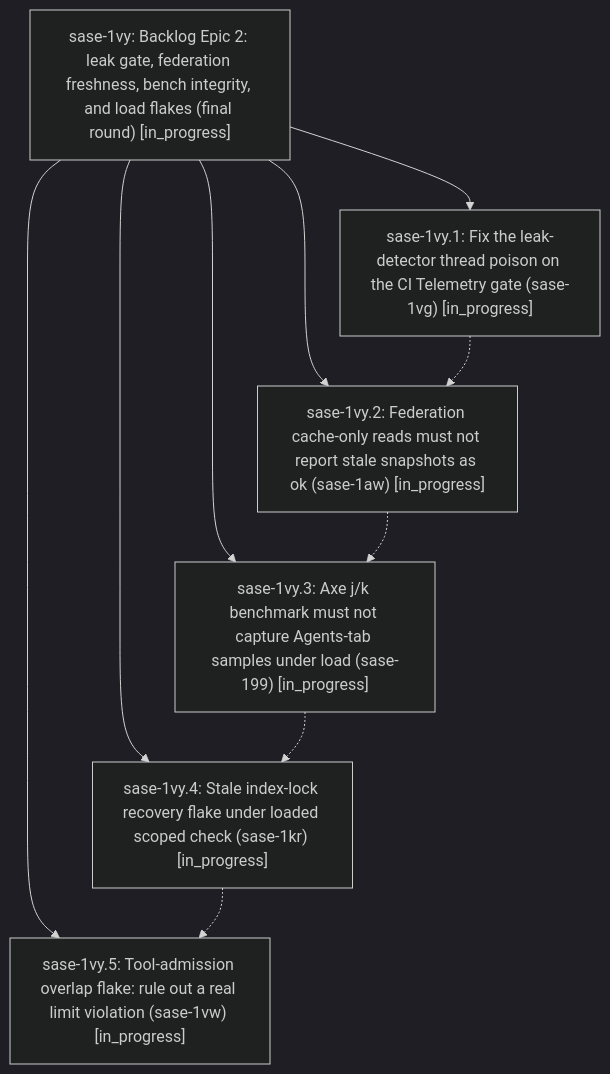
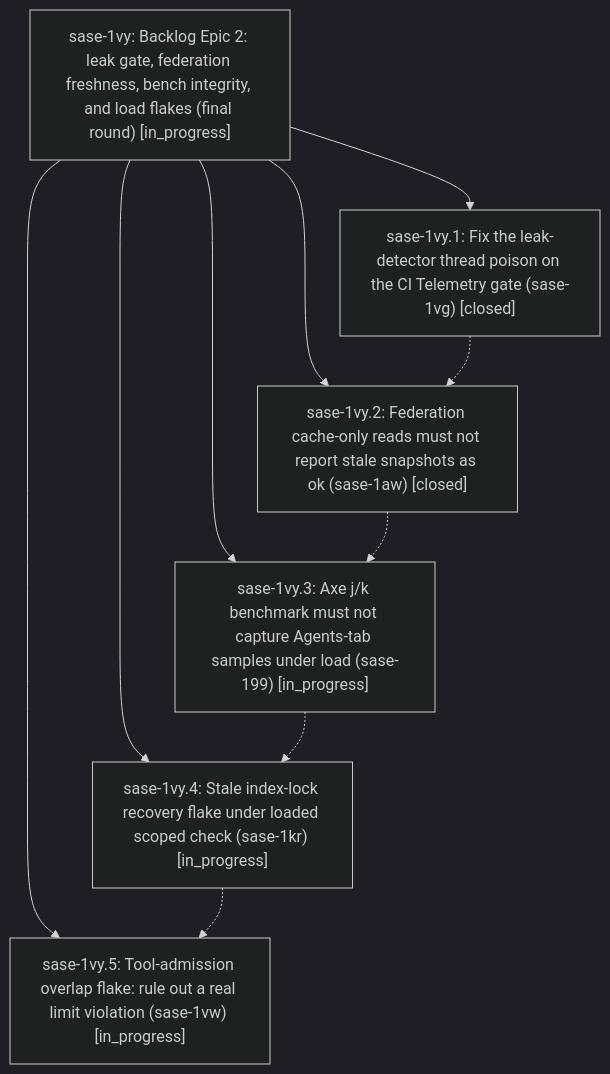
Before and after one commit to sase-org/sase--beads: the diagram in pages/sase-1vy/README.md, drawn with Mermaid (dark theme). The commit also changed other lines of this file and 3 other files, not shown here.

````diff
--- a/pages/sase-1vy/README.md
+++ b/pages/sase-1vy/README.md
@@ -38,18 +38,18 @@
 ```mermaid
 flowchart TD
     n0["sase-1vy: Backlog Epic 2: leak gate, federation freshness, bench integrity, and load flakes (final round) [in_progress]"]
-    n1["sase-1vy.1: Fix the leak-detector thread poison on the CI Telemetry gate (sase-1vg) [in_progress]"]
-    n2["sase-1vy.2: Federation cache-only reads must not report stale snapshots as ok (sase-1aw) [in_progress]"]
+    n1["sase-1vy.1: Fix the leak-detector thread poison on the CI Telemetry gate (sase-1vg) [closed]"]
+    n2["sase-1vy.2: Federation cache-only reads must not report stale snapshots as ok (sase-1aw) [closed]"]
     n3["sase-1vy.3: Axe j/k benchmark must not capture Agents-tab samples under load (sase-199) [in_progress]"]
     n4["sase-1vy.4: Stale index-lock recovery flake under loaded scoped check (sase-1kr) [in_progress]"]
     n5["sase-1vy.5: Tool-admission overlap flake: rule out a real limit violation (sase-1vw) [in_progress]"]
     n0 --> n1
     n0 --> n2
     n0 --> n3
     n0 --> n4
     n0 --> n5
     n1 -.-> n2
     n2 -.-> n3
     n3 -.-> n4
     n4 -.-> n5
 ```
````
